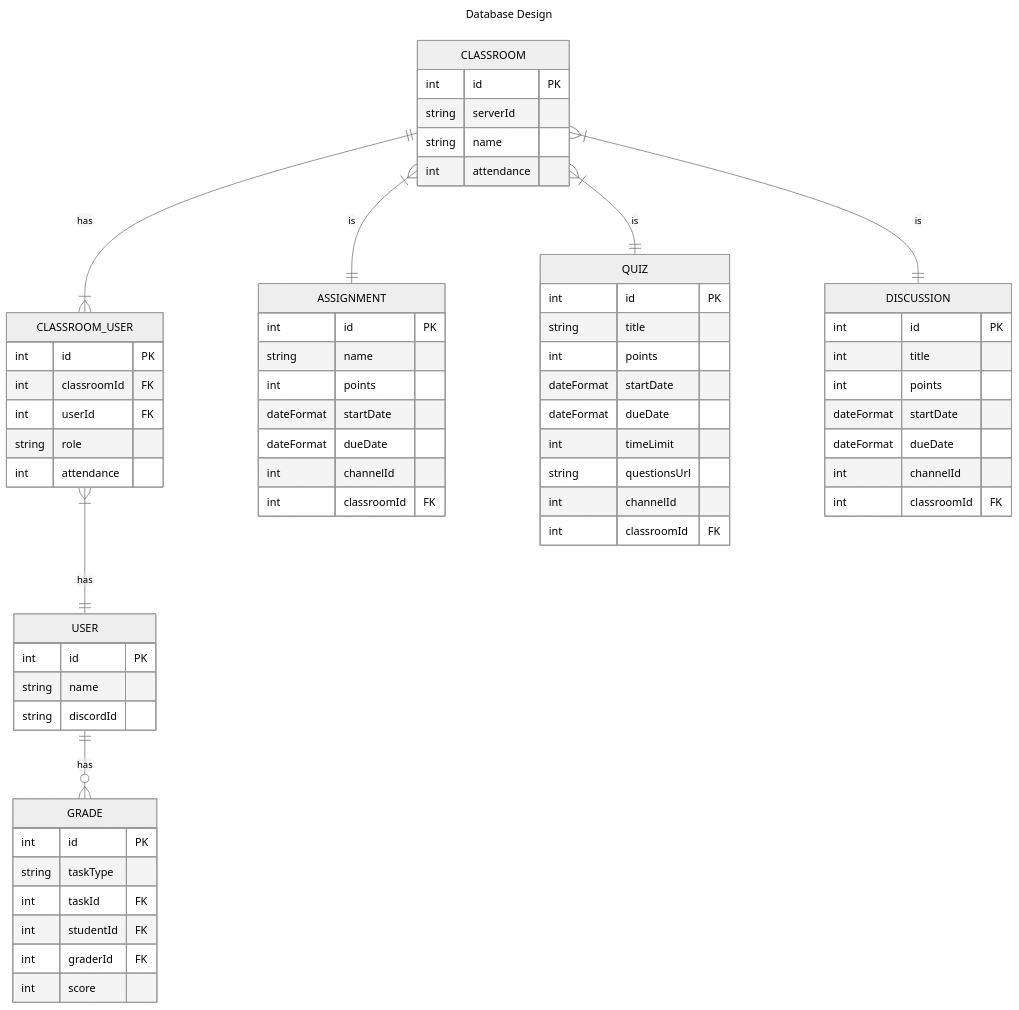
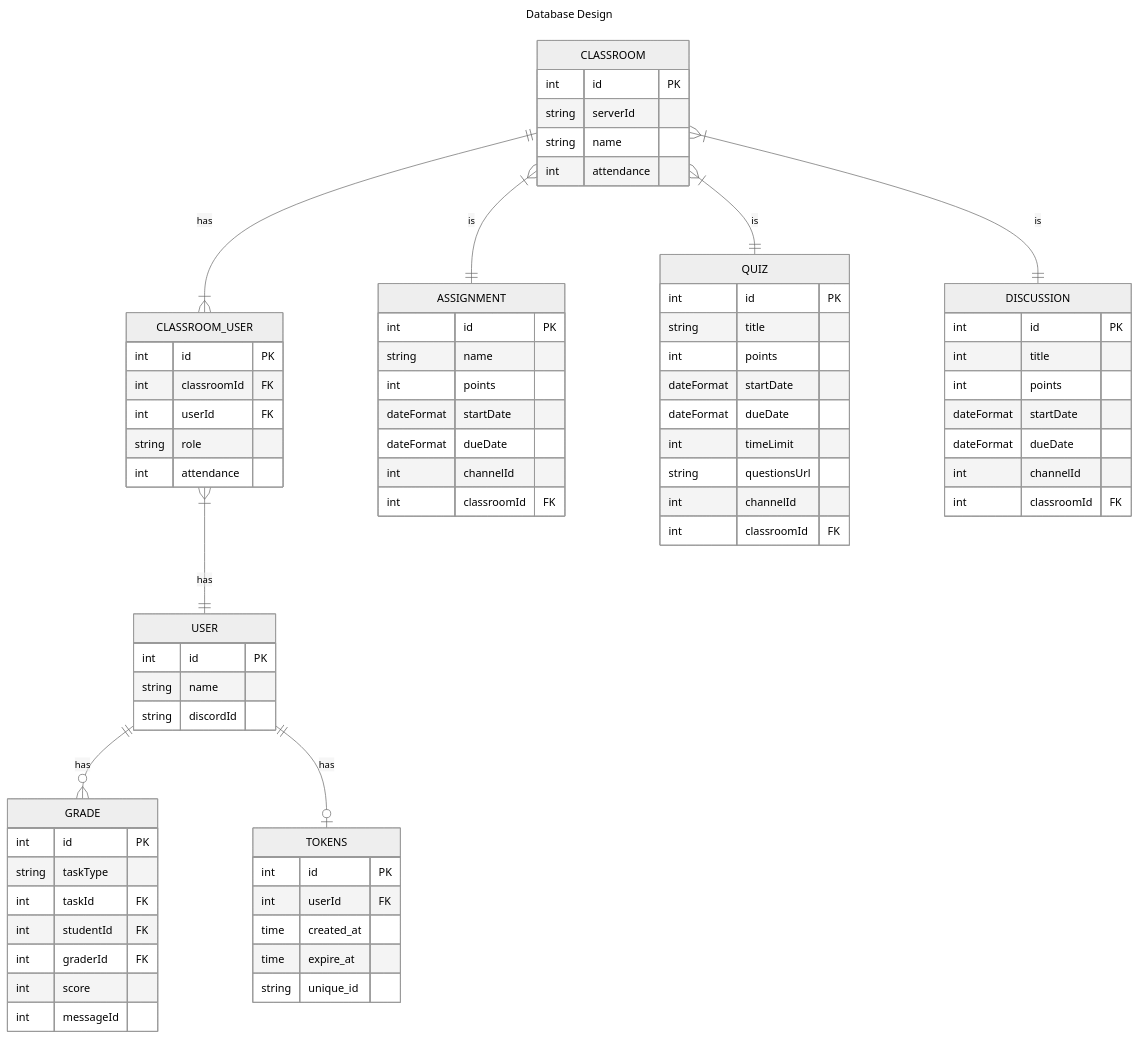
The second of 8 diagrams in documentation/docs/system-architecture/design.md (Capstone-Projects-2023-Spring/project-discord-classroom), drawn with Mermaid (neutral theme) before and after one commit. The commit also changed other lines of this file, not shown here.

````diff
--- a/documentation/docs/system-architecture/design.md
+++ b/documentation/docs/system-architecture/design.md
@@ -50,67 +149,76 @@
 ```mermaid
 ---
 title: Database Design
 ---
 erDiagram
     CLASSROOM {
         int id PK
         string serverId
         string name
         int attendance
     }
     CLASSROOM_USER {
         int id PK
         int classroomId FK
         int userId FK
         string role
         int attendance
     }
     USER {
         int id PK
         string name
         string discordId
     }
     ASSIGNMENT {
         int id PK
         string name
         int points
         dateFormat startDate
         dateFormat dueDate
         int channelId
         int classroomId FK
     }
     QUIZ {
         int id PK
         string title
         int points
         dateFormat startDate
         dateFormat dueDate
         int timeLimit
         string questionsUrl
         int channelId
         int classroomId FK
     }
     DISCUSSION {
        int id PK
        int title
        int points
        dateFormat startDate
        dateFormat dueDate 
        int channelId
        int classroomId FK
     }
     GRADE {
         int id PK
         string taskType
         int taskId FK
         int studentId FK
         int graderId FK
         int score
+        int messageId
+    }
+    TOKENS {
+        int id PK
+        int userId FK
+        time created_at
+        time expire_at
+        string unique_id
     }
     CLASSROOM ||--|{ CLASSROOM_USER : has
     CLASSROOM_USER }|--|| USER : has
     CLASSROOM }|--|| ASSIGNMENT : is
     CLASSROOM }|--|| QUIZ : is
     CLASSROOM }|--|| DISCUSSION : is
     USER ||--o{ GRADE : has
+    USER ||--o| TOKENS : has
 ```
````
